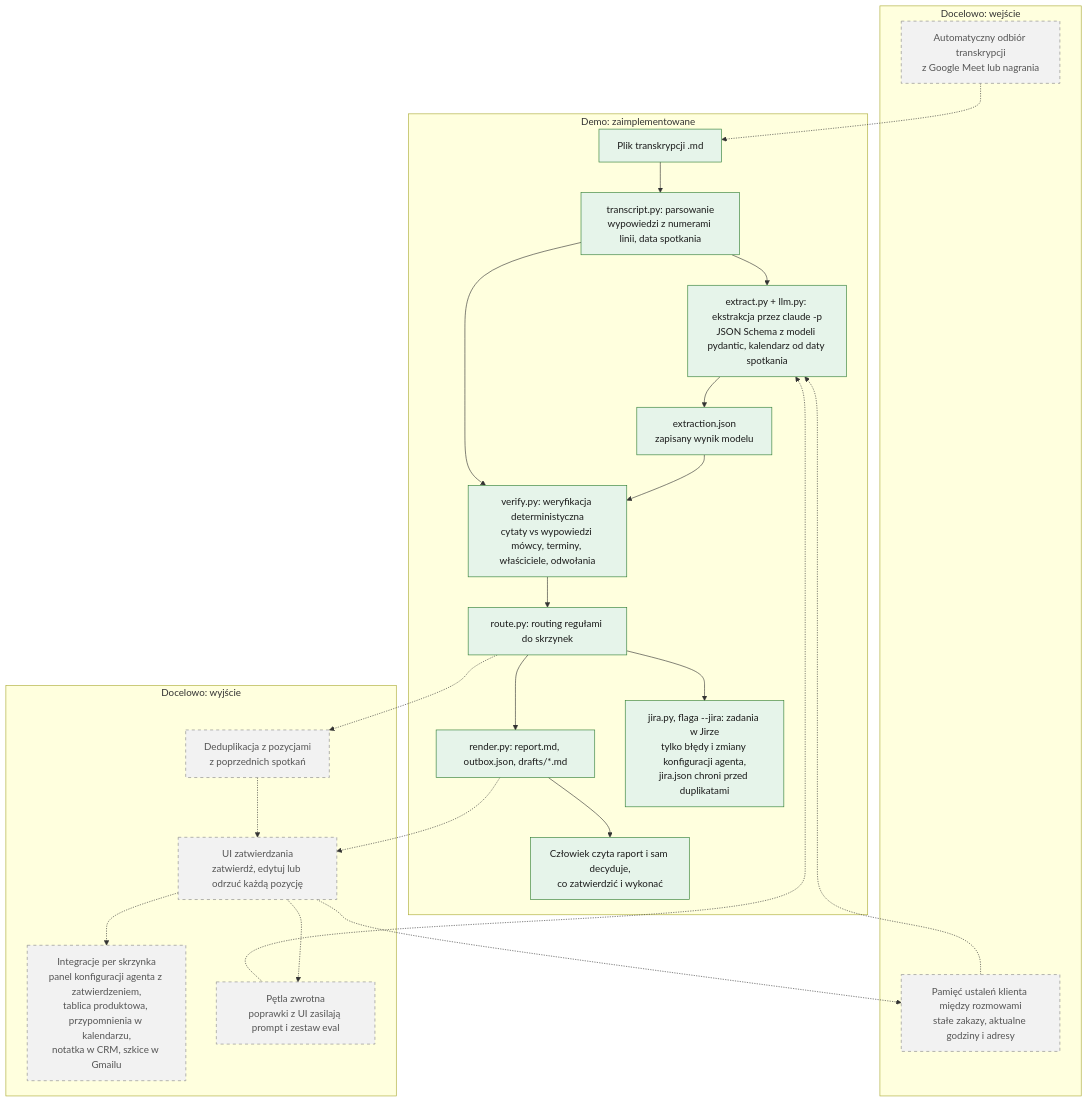
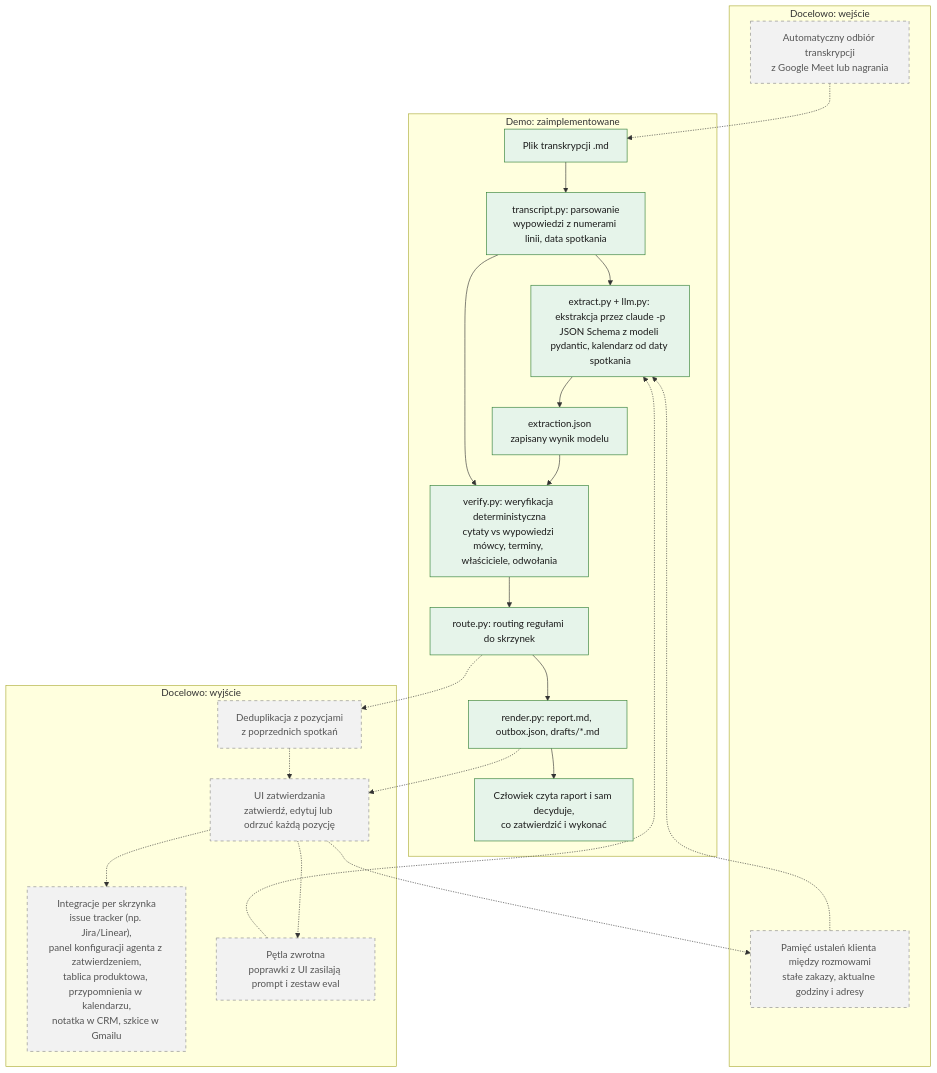
The first of 2 diagrams in docs/process.md (MaciejZiel/recruitment-task), drawn with Mermaid before and after one commit. The commit also changed other lines of this file, not shown here.

First line of the commit message:
Describe v1.0 without Jira in the process prototype

````diff
--- a/docs/process.md
+++ b/docs/process.md
@@ -19,50 +19,48 @@
 ```mermaid
 flowchart TD
     subgraph FUTURE_IN["Docelowo: wejście"]
         MEET["Automatyczny odbiór transkrypcji<br/>z Google Meet lub nagrania"]
         MEM["Pamięć ustaleń klienta między rozmowami<br/>stałe zakazy, aktualne godziny i adresy"]
     end
 
     subgraph DEMO["Demo: zaimplementowane"]
         T["Plik transkrypcji .md"]
         P["transcript.py: parsowanie<br/>wypowiedzi z numerami linii, data spotkania"]
         E["extract.py + llm.py: ekstrakcja przez claude -p<br/>JSON Schema z modeli pydantic, kalendarz od daty spotkania"]
         J["extraction.json<br/>zapisany wynik modelu"]
         V["verify.py: weryfikacja deterministyczna<br/>cytaty vs wypowiedzi mówcy, terminy, właściciele, odwołania"]
         R["route.py: routing regułami do skrzynek"]
         OUT["render.py: report.md, outbox.json, drafts/*.md"]
-        JIRA["jira.py, flaga --jira: zadania w Jirze<br/>tylko błędy i zmiany konfiguracji agenta,<br/>jira.json chroni przed duplikatami"]
         H["Człowiek czyta raport i sam decyduje,<br/>co zatwierdzić i wykonać"]
     end
 
     subgraph FUTURE_OUT["Docelowo: wyjście"]
         DEDUP["Deduplikacja z pozycjami<br/>z poprzednich spotkań"]
         UI["UI zatwierdzania<br/>zatwierdź, edytuj lub odrzuć każdą pozycję"]
-        INT["Integracje per skrzynka<br/>panel konfiguracji agenta z zatwierdzeniem,<br/>tablica produktowa, przypomnienia w kalendarzu,<br/>notatka w CRM, szkice w Gmailu"]
+        INT["Integracje per skrzynka<br/>issue tracker (np. Jira/Linear),<br/>panel konfiguracji agenta z zatwierdzeniem,<br/>tablica produktowa, przypomnienia w kalendarzu,<br/>notatka w CRM, szkice w Gmailu"]
         FB["Pętla zwrotna<br/>poprawki z UI zasilają prompt i zestaw eval"]
     end
 
     MEET -.-> T
     T --> P
     P --> E
     MEM -.-> E
     E --> J
     J --> V
     P --> V
     V --> R
     R --> OUT
-    R --> JIRA
     OUT --> H
     R -.-> DEDUP
     DEDUP -.-> UI
     OUT -.-> UI
     UI -.-> INT
     UI -.-> FB
     FB -.-> E
     UI -.-> MEM
 
     classDef impl fill:#e6f4ea,stroke:#2e7d32,color:#1b1b1b
     classDef future fill:#f2f2f2,stroke:#888888,stroke-dasharray:5 5,color:#555555
-    class T,P,E,J,V,R,OUT,JIRA,H impl
+    class T,P,E,J,V,R,OUT,H impl
     class MEET,MEM,DEDUP,UI,INT,FB future
 ```
````
